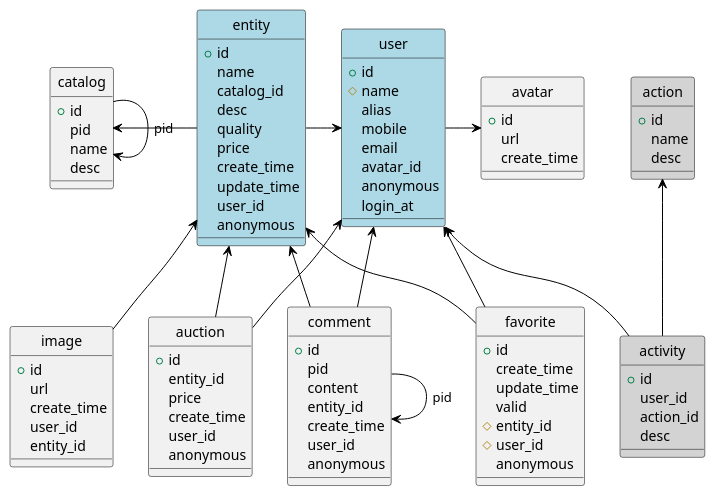
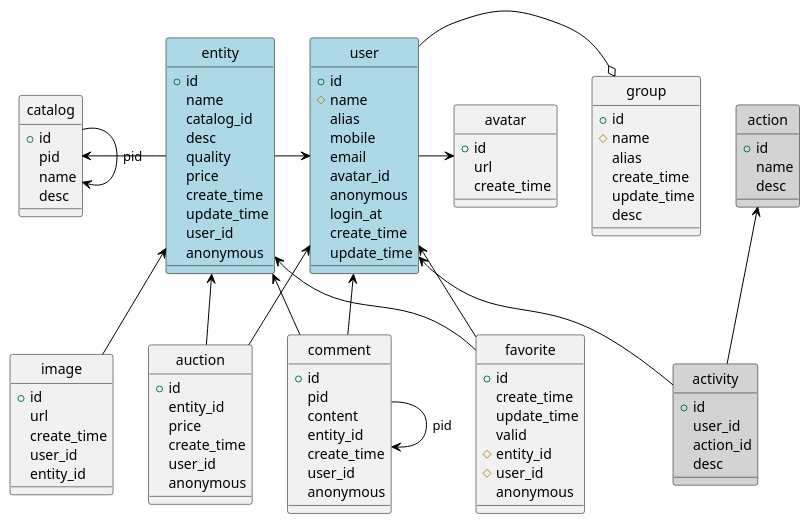
One commit to neo-nie/flea-market changed the diagram in private/db/flea-model.puml. Above: the diagram before and after it, drawn with PlantUML.

Commit message:
[ADD] 在flea-model中增加用户组group，用于创建交易圈

```diff
--- a/private/db/flea-model.puml
+++ b/private/db/flea-model.puml
@@ -1,117 +1,129 @@
 @startuml
 
 'skinparam monochrome true
 'skinparam classBackgroundColor White
 skinparam classArrowColor Black
 skinparam classBorderColor Black
 skinparam stereotypeCBackgroundColor Gray
 'hide members
 hide circle
 
 class user #LightBlue {
     +id      
     #name   
     alias    
     mobile      
     email        
     avatar_id   
     anonymous   
-    login_at    
+    login_at
+    create_time
+    update_time
+}
+
+class group {
+    +id
+    #name
+    alias
+    create_time
+    update_time
+    desc
 }
 
 class avatar {
     +id
     url
     create_time
 }
 
 class catalog {
     +id
     pid
     name
     desc
 }
 
 class entity #LightBlue {
     +id
     name
     catalog_id
     desc
     quality
     price
     create_time
     update_time
     user_id
     anonymous
 }
 
 class favorite {
     +id
     create_time
     update_time
     valid
     #entity_id
     #user_id
     anonymous
 }
 
 class comment {
     +id
     pid
     content
     entity_id
     create_time
     user_id
     anonymous
 }
 
 class auction {
     +id
     entity_id
     price
     create_time
     user_id
     anonymous
 }
 
 class image {
     +id
     url
     create_time
     user_id
     entity_id
 }
 
 class action #LightGray {
     +id
     name
     desc
 }
 
 class activity #LightGray {
     +id
     user_id
     action_id
     desc
 }
 
+group o-l- user
 user -r-> avatar
 entity -l-> catalog
 entity -r-> user
 catalog --> catalog : pid
 
 image -u-> entity
 favorite -u-> user
 favorite -u-> entity
 
 comment -u-> user
 comment -u-> entity
 comment --> comment : pid
 
 auction -u-> user
 auction -u-> entity
 
 activity -u-> action
 activity -u-> user
 
 @enduml
```
